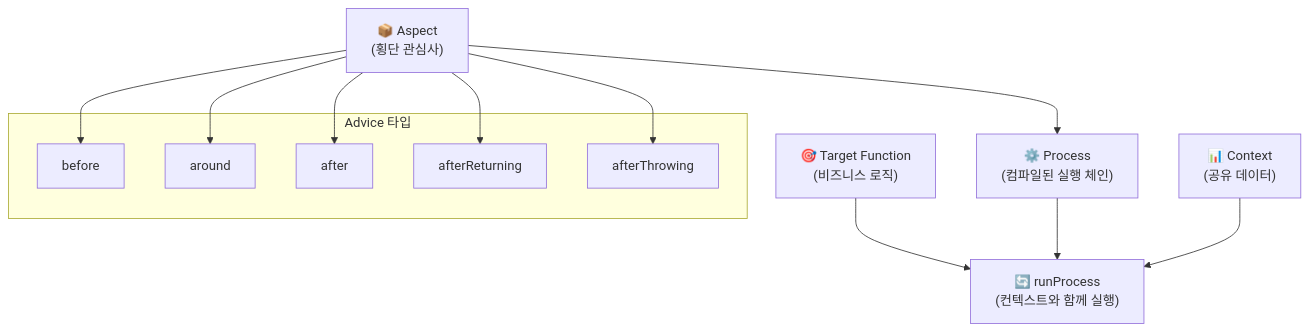
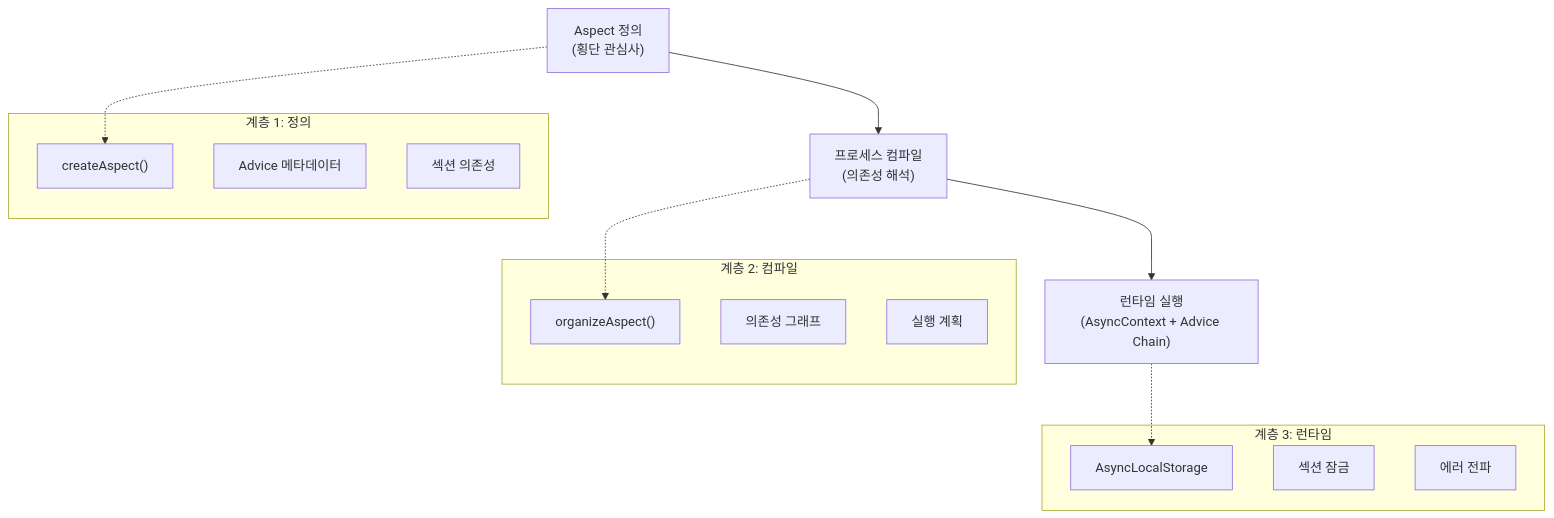
One commit to h1ylabs/next-loader changed the first of 4 diagrams in packages/promise-aop/docs/README-ko.md. Above: the diagram before and after it, drawn with Mermaid. The commit also changed other lines of this file and 18 other files, not shown here.

````diff
--- a/packages/promise-aop/docs/README-ko.md
+++ b/packages/promise-aop/docs/README-ko.md
@@ -13,27 +47,31 @@
 ```mermaid
 flowchart TD
-    A["🎯 Target Function<br/>(비즈니스 로직)"]
-    B["📦 Aspect<br/>(횡단 관심사)"]
-    C["⚙️ Process<br/>(컴파일된 실행 체인)"]
-    D["🔄 runProcess<br/>(컨텍스트와 함께 실행)"]
-    E["📊 Context<br/>(공유 데이터)"]
+    A["Aspect 정의<br/>(횡단 관심사)"]
+    B["프로세스 컴파일<br/>(의존성 해석)"]
+    C["런타임 실행<br/>(AsyncContext + Advice Chain)"]
 
+    A --> B
     B --> C
-    A --> D
-    C --> D
-    E --> D
 
-    subgraph "Advice 타입"
-        F["before"]
-        G["around"]
-        H["after"]
-        I["afterReturning"]
-        J["afterThrowing"]
+    subgraph "계층 1: 정의"
+        D["createAspect()"]
+        E["Advice 메타데이터"]
+        F["섹션 의존성"]
     end
 
-    B --> F
-    B --> G
-    B --> H
-    B --> I
-    B --> J
+    subgraph "계층 2: 컴파일"
+        G["organizeAspect()"]
+        H["의존성 그래프"]
+        I["실행 계획"]
+    end
+
+    subgraph "계층 3: 런타임"
+        J["AsyncLocalStorage"]
+        K["섹션 잠금"]
+        L["에러 전파"]
+    end
+
+    A -.-> D
+    B -.-> G
+    C -.-> J
 ```
````
